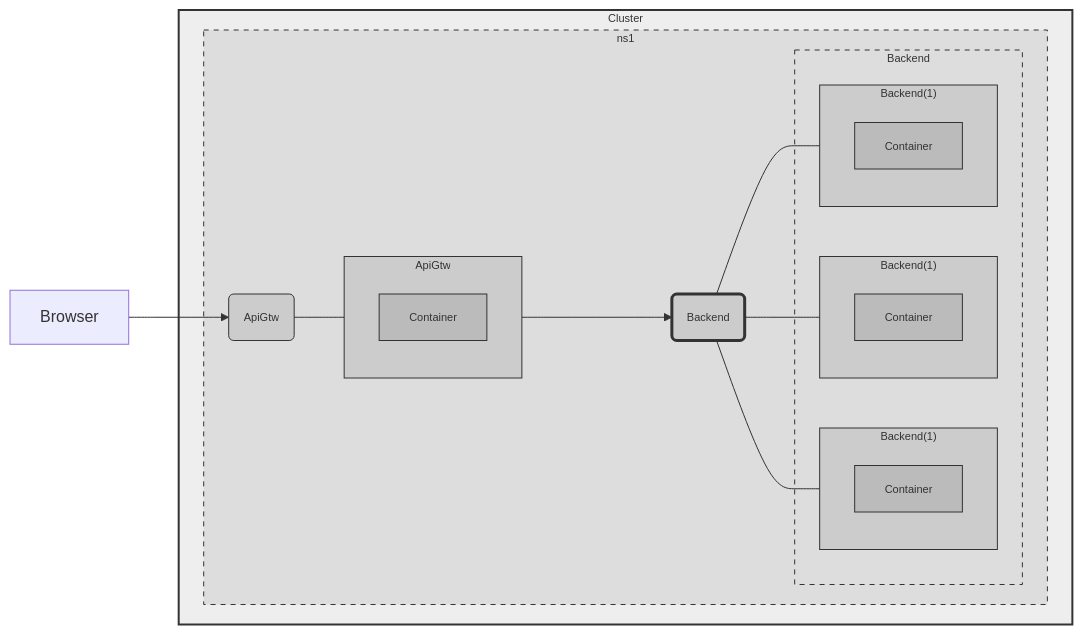
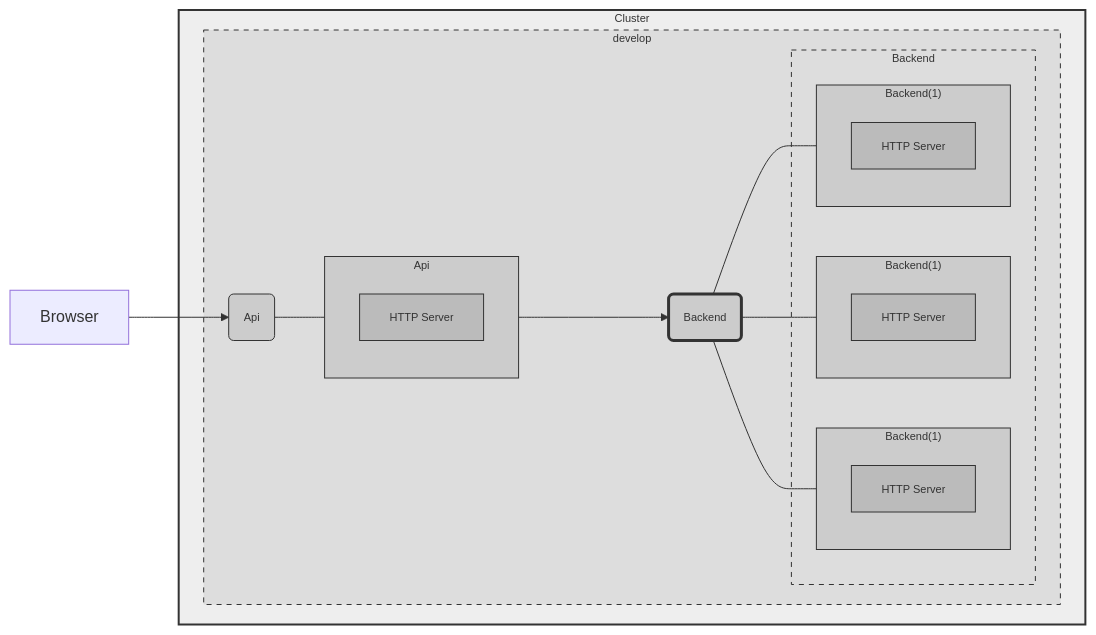
The fifth of 5 diagrams in demo-script.md (tonitienda/k8s-showcase), drawn with Mermaid before and after one commit. The commit also changed other lines of this file and 6 other files, not shown here.

````diff
--- a/demo-script.md
+++ b/demo-script.md
@@ -225,66 +225,66 @@
 ```mermaid
 flowchart LR
 
 Browser
 
 subgraph Cluster
 
-    subgraph NS1[ns1]
+    subgraph develop[develop]
         
-        subgraph ApiGtw
-            Container1[Container]
+        subgraph Api
+            Container1[HTTP Server]
         end
 
         subgraph Backend
             subgraph Backend1["Backend(1)"]
-                Container1_1[Container]
+                Container1_1[HTTP Server]
             end
             subgraph Backend2["Backend(1)"]
-                Container1_2[Container]
+                Container1_2[HTTP Server]
             end
             subgraph Backend3["Backend(1)"]
-                Container1_3[Container]
+                Container1_3[HTTP Server]
             end
         end
 
-        ApiGtwSvc(ApiGtw)
+        ApiGtwSvc(Api)
         BackendSvc(Backend)
     end
 end
 
-ApiGtwSvc --- ApiGtw
+ApiGtwSvc --- Api
 Browser --> ApiGtwSvc
 
 BackendSvc --- Backend1
 BackendSvc --- Backend2
 BackendSvc --- Backend3
-ApiGtw ----> BackendSvc
+Api ----> BackendSvc
 
 classDef Physical fill:#eee,stroke:#333,stroke-width:2px,color:#333,font-size:11px;
 
 classDef Logical fill:#ddd,stroke:#333,stroke-width:1px,color:#333,font-size:11px,stroke-dasharray: 5, 5;
 
 classDef Pod fill:#ccc,stroke:#333,stroke-width:1px,color:#333,font-size:11px;
 
 classDef Container fill:#bbb,stroke:#333,stroke-width:1px,color:#333,font-size:11px;
 
 classDef PublicService fill:#ccc,stroke:#333,stroke-width:1px,color:#333,font-size:11px;
 
 
 classDef PrivateService fill:#ccc,stroke:#333,stroke-width:3px,color:#333,font-size:11px;
 
 
 class Cluster Physical
-class NS1 Logical
+class develop Logical
 class Backend Logical
-class ApiGtw Pod
+class Api Pod
 class Backend1 Pod
 class Backend2 Pod
 class Backend3 Pod
 class Container1 Container
 class Container1_1 Container
 class Container1_2 Container
 class Container1_3 Container
 class ApiGtwSvc PublicService
 class BackendSvc PrivateService
 ```
````
